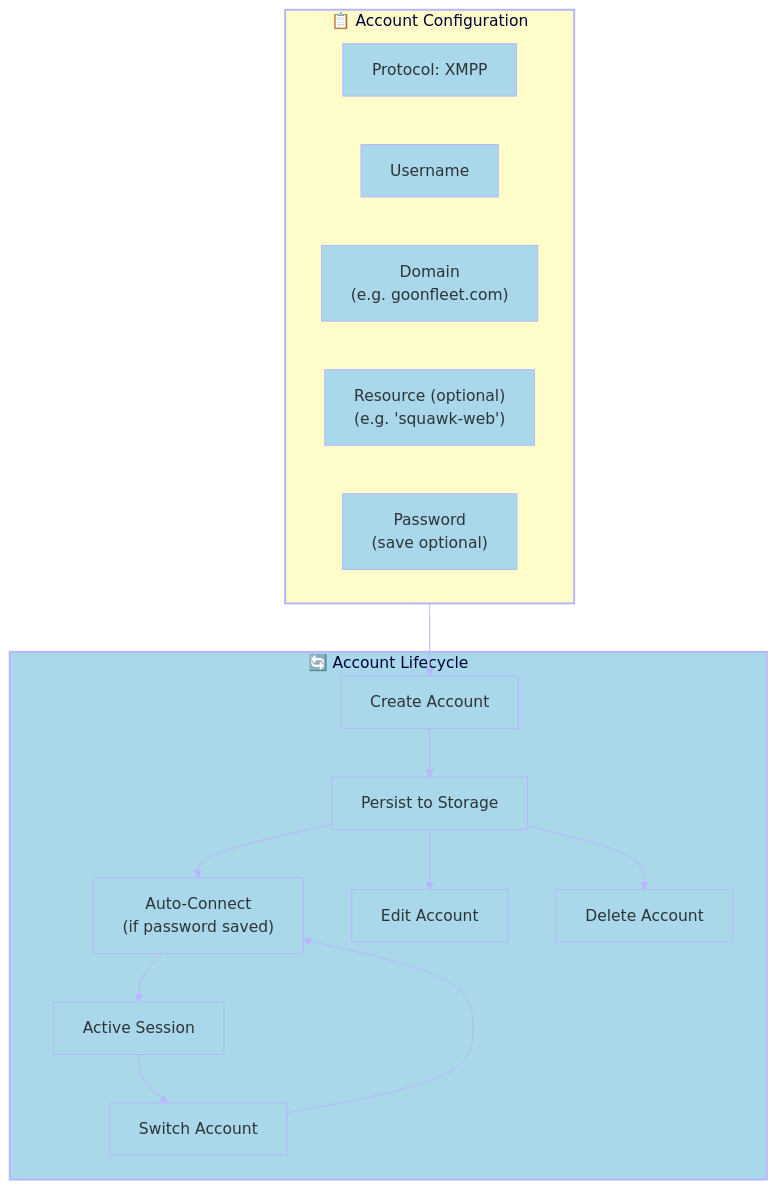
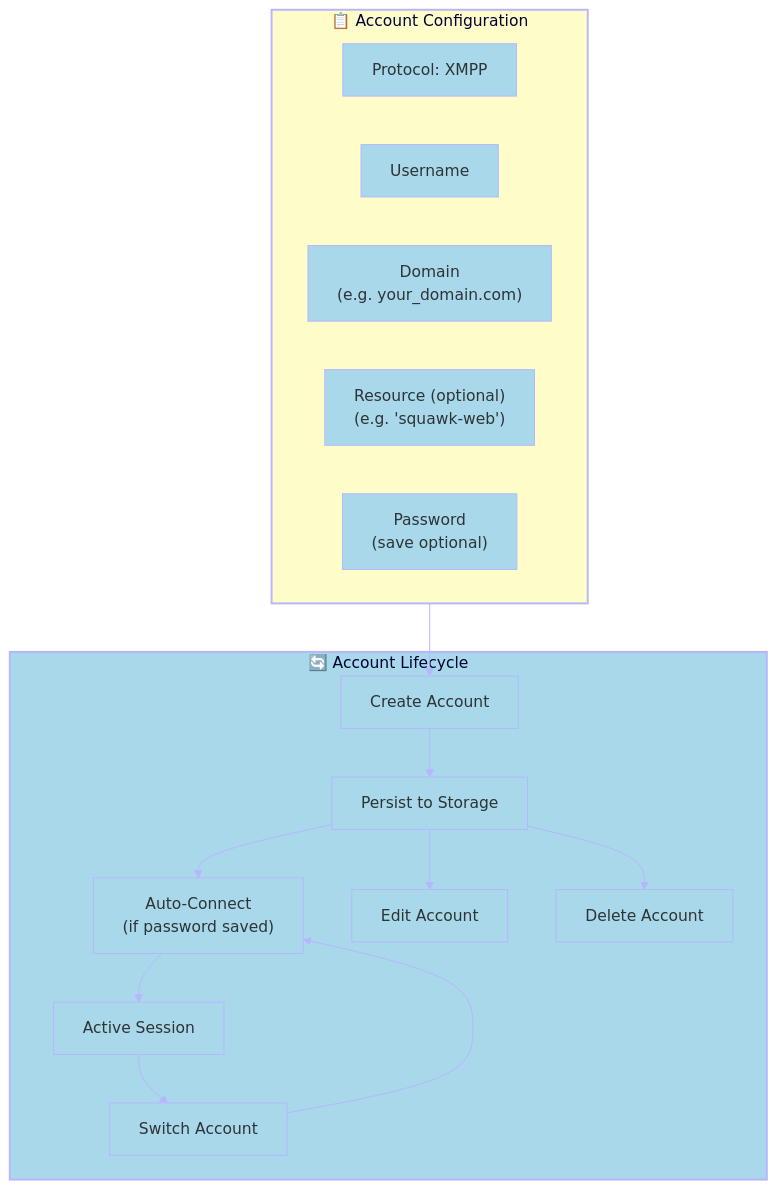
Before and after one commit to SolidRegardless/squawk: the second of 5 diagrams in README.md, drawn with Mermaid. The commit also changed other lines of this file and 18 other files, not shown here.

````diff
--- a/README.md
+++ b/README.md
@@ -50,26 +50,26 @@
 ```mermaid
 %%{init: {'theme': 'base', 'themeVariables': { 'primaryColor': '#a8d8ea', 'secondaryColor': '#ffcfdf', 'tertiaryColor': '#fefdca', 'primaryTextColor': '#2d3436', 'lineColor': '#b8b5ff', 'primaryBorderColor': '#b8b5ff'}}}%%
 flowchart TD
     subgraph AccountConfig["📋 Account Configuration"]
         Proto["Protocol: XMPP"]
         User["Username"]
-        Domain["Domain\n(e.g. goonfleet.com)"]
+        Domain["Domain\n(e.g. your_domain.com)"]
         Resource["Resource (optional)\n(e.g. 'squawk-web')"]
         Pass["Password\n(save optional)"]
     end
 
     subgraph Lifecycle["🔄 Account Lifecycle"]
         Create["Create Account"] --> Store["Persist to Storage"]
         Store --> Connect["Auto-Connect\n(if password saved)"]
         Connect --> Active["Active Session"]
         Active --> Switch["Switch Account"]
         Switch --> Connect
         Store --> Edit["Edit Account"]
         Store --> Delete["Delete Account"]
     end
 
     AccountConfig --> Create
 
     style AccountConfig fill:#fefdca,stroke:#b8b5ff,stroke-width:2px
     style Lifecycle fill:#a8d8ea,stroke:#b8b5ff,stroke-width:2px
 ```
````
